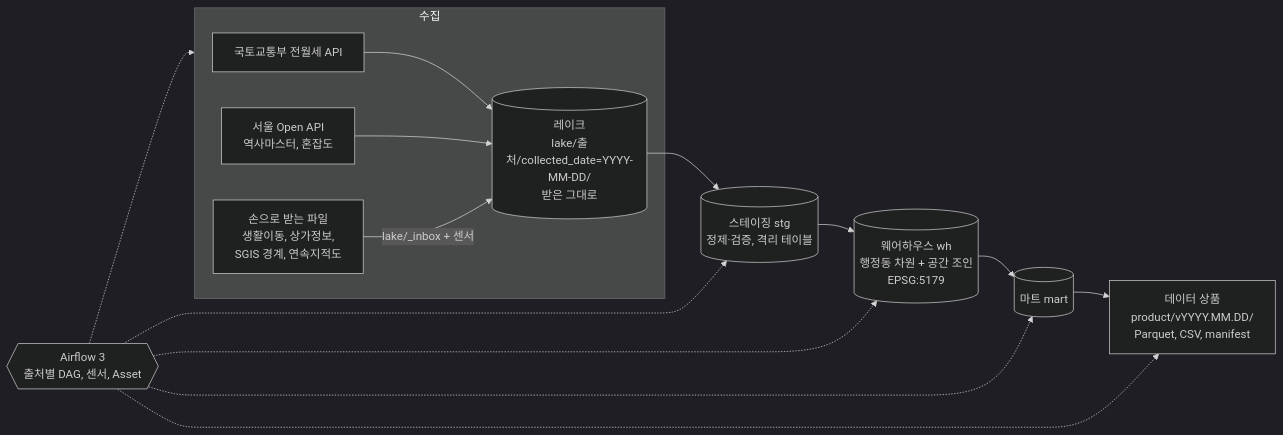
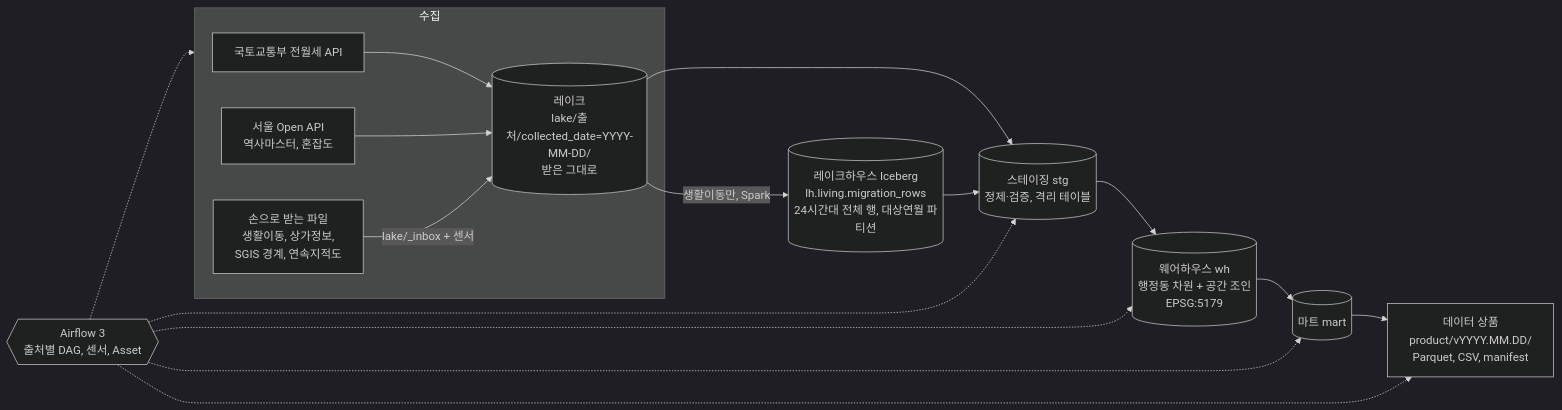
One commit to sozerong/home_in_seoul changed the diagram in README.md. Above: the diagram before and after it, drawn with Mermaid (dark theme). The commit also changed other lines of this file and 17 other files, not shown here.

Commit message:
고도화 4단계: 생활이동 Iceberg 레이크하우스(결정 35), 출퇴근 최근 6달(결정 36), 10달 재측정(측정 10, 결정 37 대기)

````diff
--- a/README.md
+++ b/README.md
@@ -9,17 +9,19 @@
 ```mermaid
 flowchart LR
     subgraph 수집
         A1[국토교통부 전월세 API] --> L
         A2[서울 Open API<br>역사마스터, 혼잡도] --> L
         F1[손으로 받는 파일<br>생활이동, 상가정보,<br>SGIS 경계, 연속지적도] -->|lake/_inbox + 센서| L
     end
     L[(레이크<br>lake/출처/collected_date=YYYY-MM-DD/<br>받은 그대로)] --> S
+    L -->|생활이동만, Spark| I[(레이크하우스 Iceberg<br>lh.living.migration_rows<br>24시간대 전체 행, 대상연월 파티션)]
+    I --> S
     S[(스테이징 stg<br>정제·검증, 격리 테이블)] --> W
     W[(웨어하우스 wh<br>행정동 차원 + 공간 조인<br>EPSG:5179)] --> M
     M[(마트 mart)] --> P[데이터 상품<br>product/vYYYY.MM.DD/<br>Parquet, CSV, manifest]
     AF{{Airflow 3<br>출처별 DAG, 센서, Asset}} -.-> 수집
     AF -.-> S
     AF -.-> W
     AF -.-> M
     AF -.-> P
 ```
````
